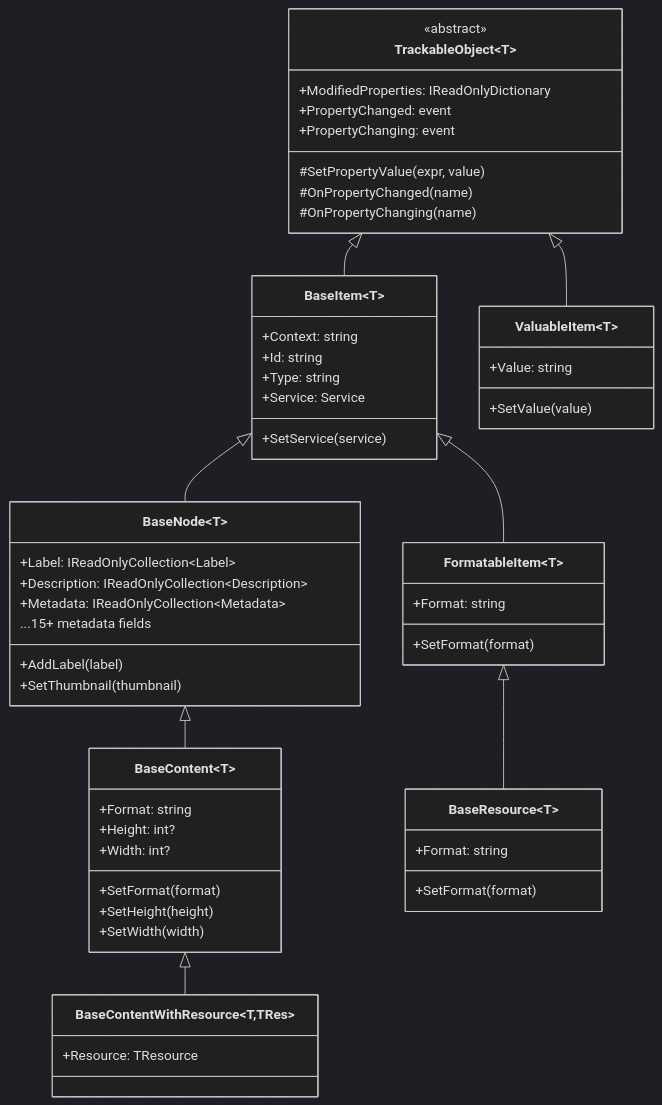
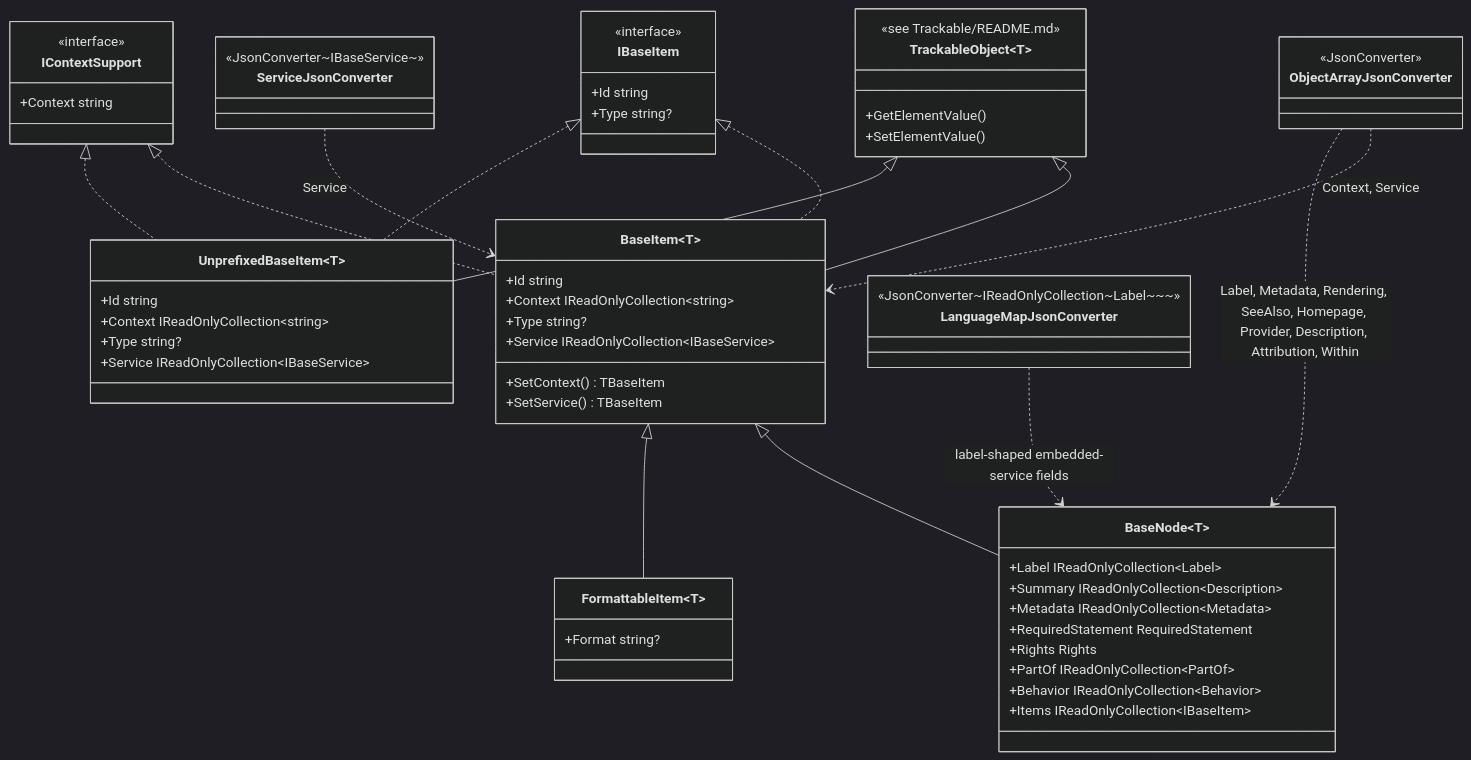
One commit to KiarashMinoo/IIIF.Manifest.Serializer.Net changed the diagram in docs/Shared/README.md. Above: the diagram before and after it, drawn with Mermaid (dark theme). The commit also changed other lines of this file and 70 other files, not shown here.

````diff
--- a/docs/Shared/README.md
+++ b/docs/Shared/README.md
@@ -74,65 +357,74 @@
 ```mermaid
 classDiagram
     class TrackableObject~T~ {
-        <<abstract>>
-        +ModifiedProperties: IReadOnlyDictionary
-        +PropertyChanged: event
-        +PropertyChanging: event
-        #SetPropertyValue(expr, value)
-        #OnPropertyChanged(name)
-        #OnPropertyChanging(name)
+        <<see Trackable/README.md>>
+        +GetElementValue()
+        +SetElementValue()
     }
-    
+
+    class IBaseItem {
+        <<interface>>
+        +Id string
+        +Type string?
+    }
+
+    class IContextSupport {
+        <<interface>>
+        +Context string
+    }
+
     class BaseItem~T~ {
-        +Context: string
-        +Id: string
-        +Type: string
-        +Service: Service
-        +SetService(service)
+        +Id string
+        +Context IReadOnlyCollection~string~
+        +Type string?
+        +Service IReadOnlyCollection~IBaseService~
+        +SetContext() TBaseItem
+        +SetService() TBaseItem
     }
-    
-    class FormatableItem~T~ {
-        +Format: string
-        +SetFormat(format)
+
+    class BaseNode~T~ {
+        +Label IReadOnlyCollection~Label~
+        +Summary IReadOnlyCollection~Description~
+        +Metadata IReadOnlyCollection~Metadata~
+        +RequiredStatement RequiredStatement
+        +Rights Rights
+        +PartOf IReadOnlyCollection~PartOf~
+        +Behavior IReadOnlyCollection~Behavior~
+        +Items IReadOnlyCollection~IBaseItem~
     }
-    
-    class BaseNode~T~ {
-        +Label: IReadOnlyCollection~Label~
-        +Description: IReadOnlyCollection~Description~
-        +Metadata: IReadOnlyCollection~Metadata~
-        +AddLabel(label)
-        +SetThumbnail(thumbnail)
-        ...15+ metadata fields
+
+    class UnprefixedBaseItem~T~ {
+        +Id string
+        +Context IReadOnlyCollection~string~
+        +Type string?
+        +Service IReadOnlyCollection~IBaseService~
     }
-    
-    class BaseContent~T~ {
-        +Format: string
-        +Height: int?
-        +Width: int?
-        +SetFormat(format)
-        +SetHeight(height)
-        +SetWidth(width)
+
+    class FormattableItem~T~ {
+        +Format string?
     }
-    
-    class BaseContentWithResource~T,TRes~ {
-        +Resource: TResource
+
+    TrackableObject~T~ <|-- BaseItem~T~
+    TrackableObject~T~ <|-- UnprefixedBaseItem~T~
+    IBaseItem <|.. BaseItem~T~
+    IContextSupport <|.. BaseItem~T~
+    IBaseItem <|.. UnprefixedBaseItem~T~
+    IContextSupport <|.. UnprefixedBaseItem~T~
+    BaseItem~T~ <|-- BaseNode~T~
+    BaseItem~T~ <|-- FormattableItem~T~
+
+    class ObjectArrayJsonConverter {
+        <<JsonConverter>>
     }
-    
-    class BaseResource~T~ {
-        +Format: string
-        +SetFormat(format)
+    class LanguageMapJsonConverter {
+        <<JsonConverter~IReadOnlyCollection~Label~~~>>
     }
-    
-    class ValuableItem~T~ {
-        +Value: string
-        +SetValue(value)
+    class ServiceJsonConverter {
+        <<JsonConverter~IBaseService~>>
     }
-    
-    TrackableObject~T~ <|-- BaseItem~T~
-    TrackableObject~T~ <|-- ValuableItem~T~
-    BaseItem~T~ <|-- FormatableItem~T~
-    BaseItem~T~ <|-- BaseNode~T~
-    BaseNode~T~ <|-- BaseContent~T~
-    BaseContent~T~ <|-- BaseContentWithResource~T,TRes~
-    FormatableItem~T~ <|-- BaseResource~T~
+
+    ObjectArrayJsonConverter ..> BaseItem~T~ : Context, Service
+    ObjectArrayJsonConverter ..> BaseNode~T~ : Label, Metadata, Rendering, SeeAlso, Homepage, Provider, Description, Attribution, Within
+    ServiceJsonConverter ..> BaseItem~T~ : Service
+    LanguageMapJsonConverter ..> BaseNode~T~ : label-shaped embedded-service fields
 ```
````
